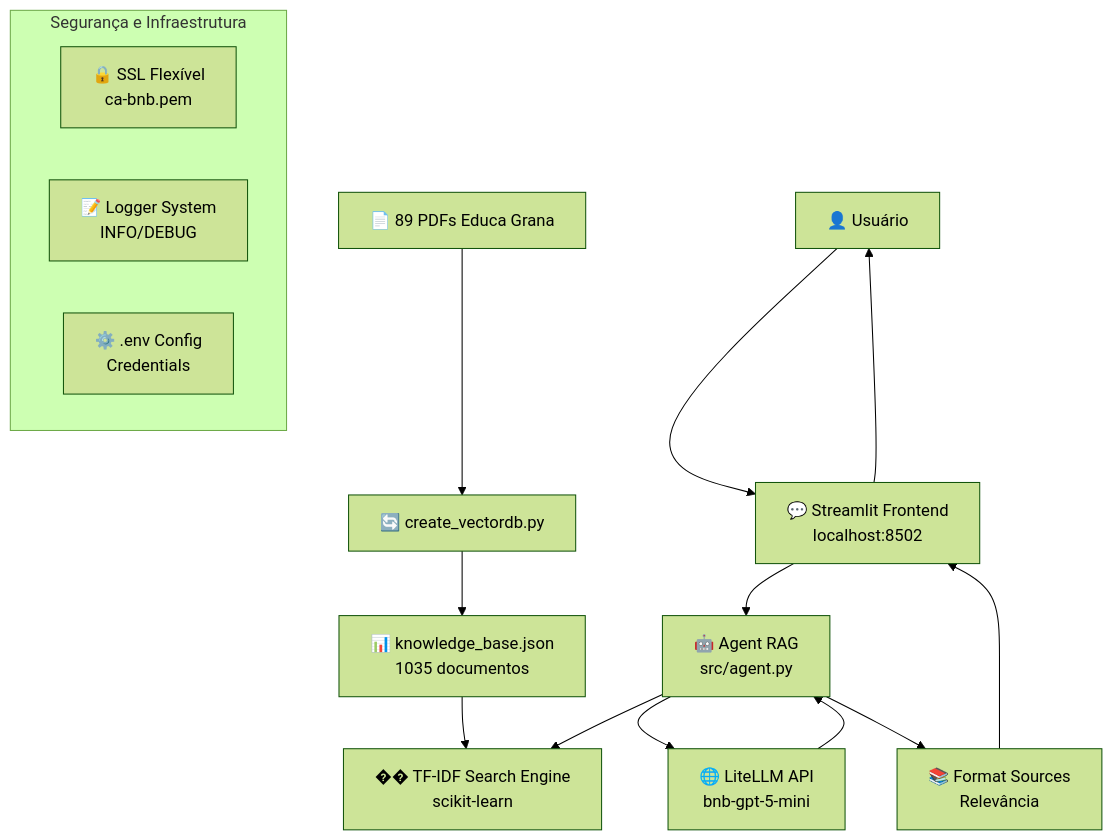
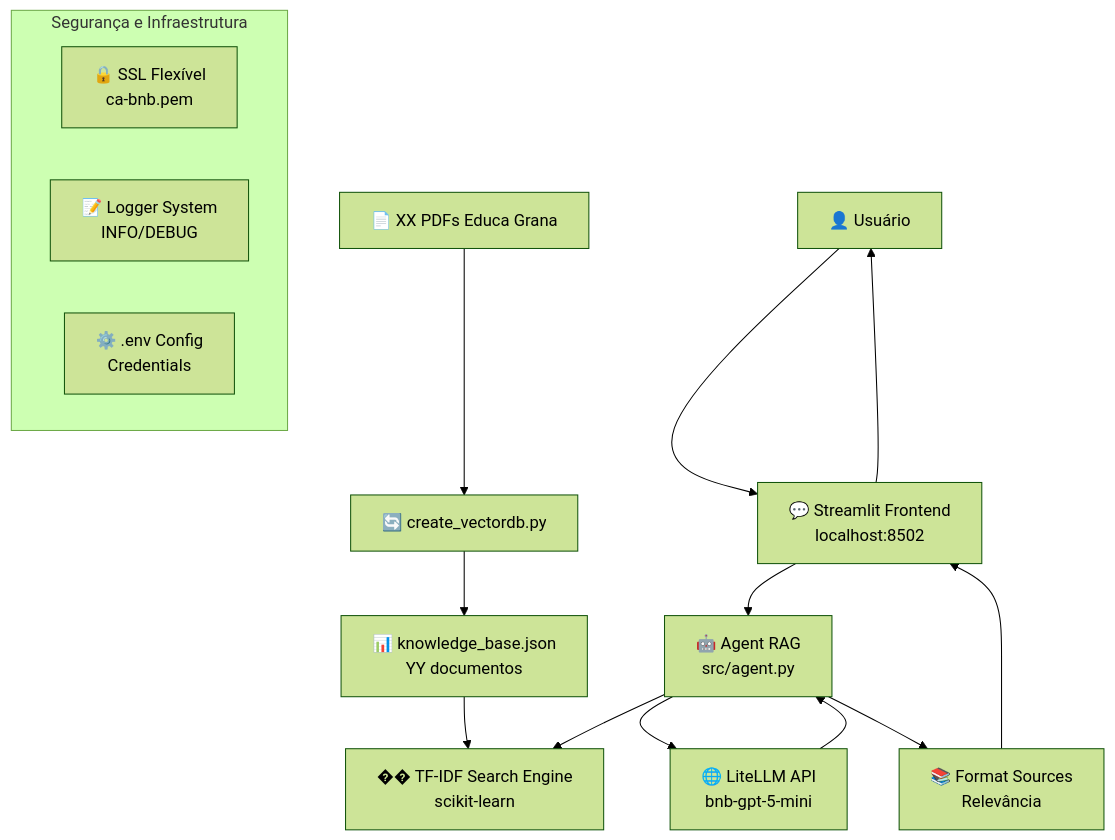
Before and after one commit to esantanap/Educa-Grana: the diagram in README.old.md, drawn with Mermaid (forest theme). The commit also changed other lines of this file, not shown here.

````diff
--- a/README.old.md
+++ b/README.old.md
@@ -68,21 +60,21 @@
 ```mermaid
 graph TB
-    A[📄 89 PDFs Educa Grana] --> B[🔄 create_vectordb.py]
-    B --> C[📊 knowledge_base.json<br/>1035 documentos]
+    A[📄 XX PDFs Educa Grana] --> B[🔄 create_vectordb.py]
+    B --> C[📊 knowledge_base.json<br/>YY documentos]
     C --> D[�� TF-IDF Search Engine<br/>scikit-learn]
     
     E[👤 Usuário] --> F[💬 Streamlit Frontend<br/>localhost:8502]
     F --> G[🤖 Agent RAG<br/>src/agent.py]
     G --> D
     G --> H[🌐 LiteLLM API<br/>bnb-gpt-5-mini]
     H --> G
     G --> I[📚 Format Sources<br/>Relevância]
     I --> F
     F --> E
     
     subgraph "Segurança e Infraestrutura"
         J[🔒 SSL Flexível<br/>ca-bnb.pem]
         K[📝 Logger System<br/>INFO/DEBUG]
         L[⚙️ .env Config<br/>Credentials]
     end
 ```
````
